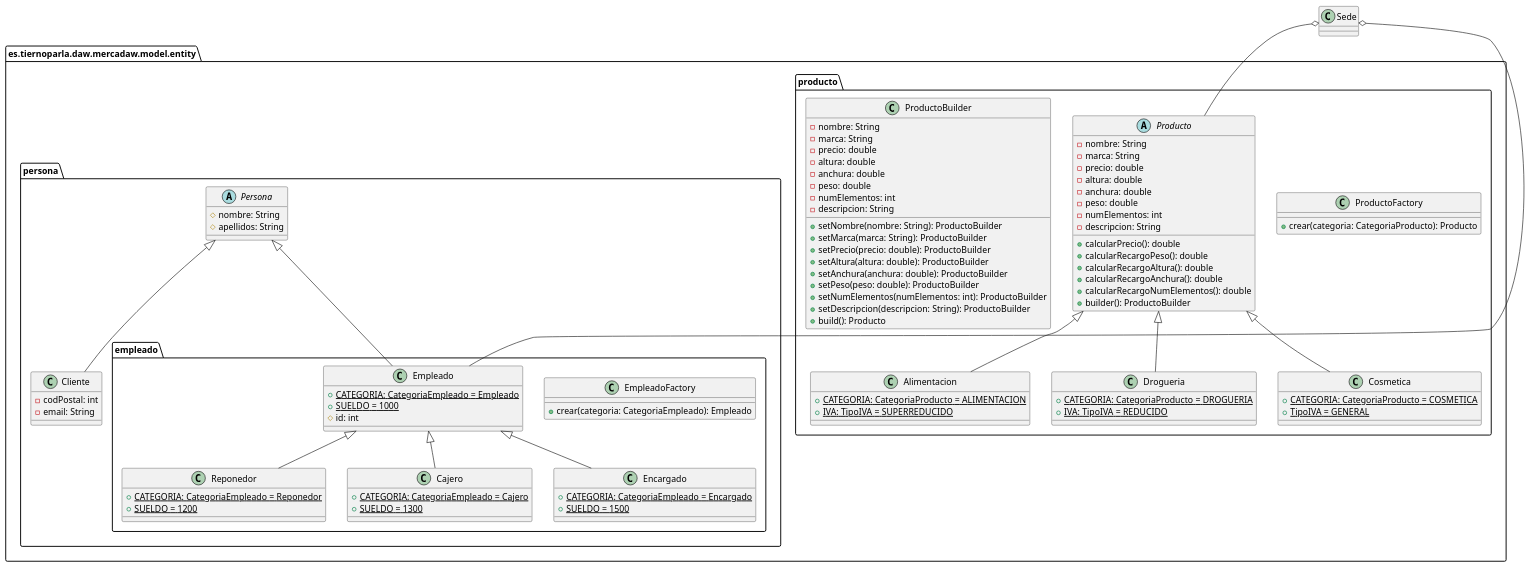
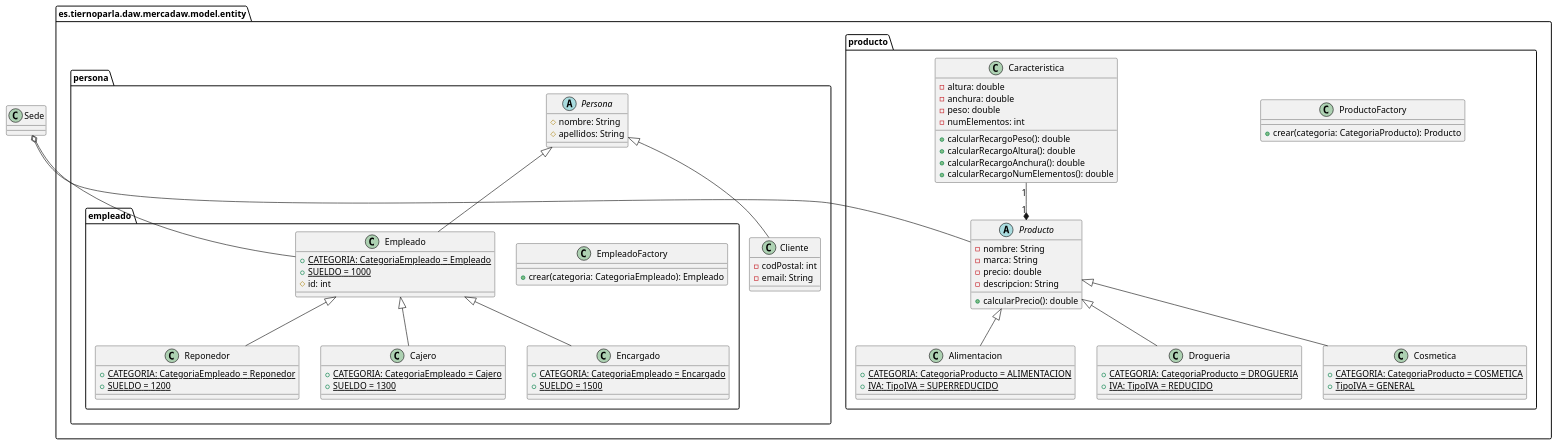
The diagram in design/Diagramas/Clases/DiagramaClasesEntity.pu (adrils16/MercaDawFinal), drawn with PlantUML before and after one commit. The commit also changed 21 other files, not shown here.

```diff
--- a/design/Diagramas/Clases/DiagramaClasesEntity.pu
+++ b/design/Diagramas/Clases/DiagramaClasesEntity.pu
@@ -1,124 +1,108 @@
 @startuml Entity
 set namespaceSeparator none
 allow_mixing
 
 package es.tiernoparla.daw.mercadaw.model.entity {
 
     package producto {
         class ProductoFactory {
             +crear(categoria: CategoriaProducto): Producto
         }
 
+        class Caracteristica {
+            -altura: double
+            -anchura: double
+            -peso: double
+            -numElementos: int
+
+            +calcularRecargoPeso(): double
+            +calcularRecargoAltura(): double
+            +calcularRecargoAnchura(): double
+            +calcularRecargoNumElementos(): double
+        }
+
         abstract Producto {
             -nombre: String
             -marca: String
             -precio: double
-            -altura: double
-            -anchura: double
-            -peso: double
-            -numElementos: int
             -descripcion: String
 
             +calcularPrecio(): double
-            +calcularRecargoPeso(): double
-            +calcularRecargoAltura(): double
-            +calcularRecargoAnchura(): double
-            +calcularRecargoNumElementos(): double
-            +builder(): ProductoBuilder
         }
+
+        Caracteristica "1" --*  "1" Producto
 
         class Alimentacion {
             +{static} CATEGORIA: CategoriaProducto = ALIMENTACION
             +{static} IVA: TipoIVA = SUPERREDUCIDO
         }
 
         class Drogueria {
             +{static} CATEGORIA: CategoriaProducto = DROGUERIA
             +{static} IVA: TipoIVA = REDUCIDO
         }
 
         class Cosmetica {
             +{static} CATEGORIA: CategoriaProducto = COSMETICA
             +{static} TipoIVA = GENERAL
-        }
-
-        'Está en duda
-        class ProductoBuilder {
-            -nombre: String
-            -marca: String
-            -precio: double
-            -altura: double
-            -anchura: double
-            -peso: double
-            -numElementos: int
-            -descripcion: String
-            +setNombre(nombre: String): ProductoBuilder
-            +setMarca(marca: String): ProductoBuilder
-            +setPrecio(precio: double): ProductoBuilder
-            +setAltura(altura: double): ProductoBuilder
-            +setAnchura(anchura: double): ProductoBuilder
-            +setPeso(peso: double): ProductoBuilder
-            +setNumElementos(numElementos: int): ProductoBuilder
-            +setDescripcion(descripcion: String): ProductoBuilder
-            +build(): Producto
         }
 
         Producto <|-- Alimentacion
         Producto <|-- Drogueria
         Producto <|-- Cosmetica
     }
 
     package persona {
 
         abstract Persona {
             #nombre: String
             #apellidos: String
         }
 
         package empleado {
 
             class EmpleadoFactory {
                 +crear(categoria: CategoriaEmpleado): Empleado
             }
 
             class Empleado {
                 +{static} CATEGORIA: CategoriaEmpleado = Empleado
                 +{static} SUELDO = 1000
                 #id: int
             }
 
             class Reponedor {
                 +{static} CATEGORIA: CategoriaEmpleado = Reponedor
                 +{static} SUELDO = 1200
             }
 
             class Cajero {
                 +{static} CATEGORIA: CategoriaEmpleado = Cajero
                 +{static} SUELDO = 1300
             }
 
             class Encargado {
                 +{static} CATEGORIA: CategoriaEmpleado = Encargado
                 +{static} SUELDO = 1500
             }
 
         }
 
         class Cliente {
             -codPostal: int
             -email: String
         }
 
         Empleado <|-- Reponedor
         Empleado <|-- Cajero
         Empleado <|-- Encargado
 
         Persona <|-- Empleado
         Persona <|-- Cliente
     }
 
 }
 Sede o-- Empleado
 Sede o-- Producto
 
 @enduml
```
